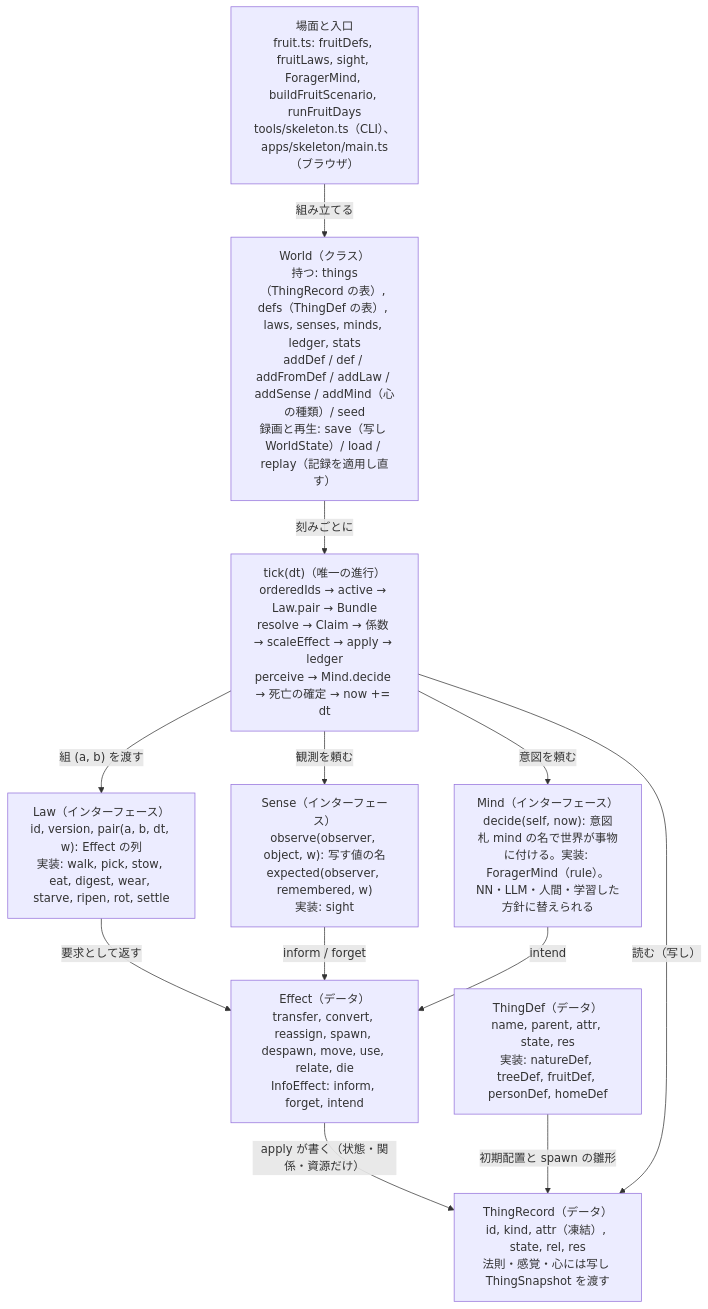
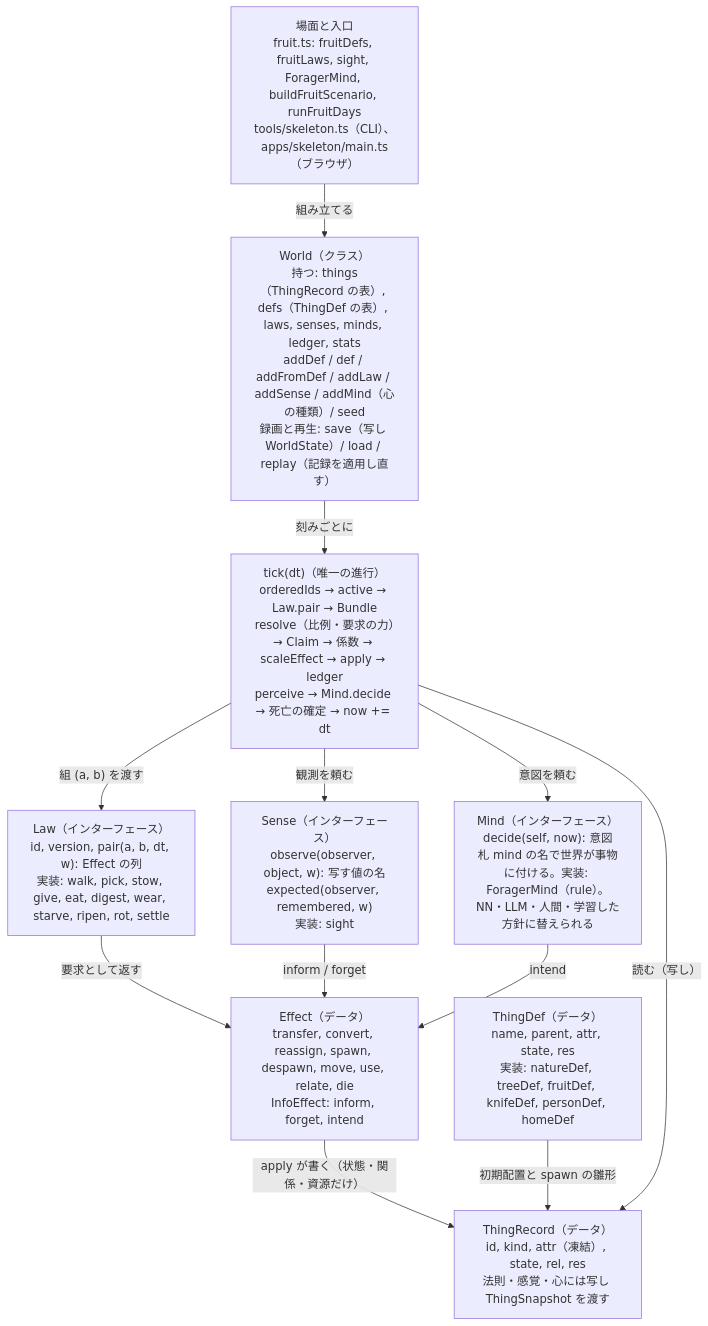
One commit to demerzel09/Medieval-Simulator changed the diagram in docs/figures/src/design-fig4-impl.mmd. Above: the diagram before and after it, drawn with Mermaid. The commit also changed 16 other files, not shown here.

```diff
--- a/docs/figures/src/design-fig4-impl.mmd
+++ b/docs/figures/src/design-fig4-impl.mmd
@@ -1,21 +1,21 @@
 flowchart TD
   SC["場面と入口<br/>fruit.ts: fruitDefs, fruitLaws, sight, ForagerMind, buildFruitScenario, runFruitDays<br/>tools/skeleton.ts（CLI）、apps/skeleton/main.ts（ブラウザ）"]
   WD["World（クラス）<br/>持つ: things（ThingRecord の表）, defs（ThingDef の表）, laws, senses, minds, ledger, stats<br/>addDef / def / addFromDef / addLaw / addSense / addMind（心の種類）/ seed<br/>録画と再生: save（写し WorldState）/ load / replay（記録を適用し直す）"]
-  TK["tick(dt)（唯一の進行）<br/>orderedIds → active → Law.pair → Bundle<br/>resolve → Claim → 係数 → scaleEffect → apply → ledger<br/>perceive → Mind.decide → 死亡の確定 → now += dt"]
-  LW["Law（インターフェース）<br/>id, version, pair(a, b, dt, w): Effect の列<br/>実装: walk, pick, stow, eat, digest, wear, starve, ripen, rot, settle"]
+  TK["tick(dt)（唯一の進行）<br/>orderedIds → active → Law.pair → Bundle<br/>resolve（比例・要求の力）→ Claim → 係数 → scaleEffect → apply → ledger<br/>perceive → Mind.decide → 死亡の確定 → now += dt"]
+  LW["Law（インターフェース）<br/>id, version, pair(a, b, dt, w): Effect の列<br/>実装: walk, pick, stow, give, eat, digest, wear, starve, ripen, rot, settle"]
   SN["Sense（インターフェース）<br/>observe(observer, object, w): 写す値の名<br/>expected(observer, remembered, w)<br/>実装: sight"]
   MD["Mind（インターフェース）<br/>decide(self, now): 意図<br/>札 mind の名で世界が事物に付ける。実装: ForagerMind（rule）。NN・LLM・人間・学習した方針に替えられる"]
   EF["Effect（データ）<br/>transfer, convert, reassign, spawn, despawn, move, use, relate, die<br/>InfoEffect: inform, forget, intend"]
-  DF["ThingDef（データ）<br/>name, parent, attr, state, res<br/>実装: natureDef, treeDef, fruitDef, personDef, homeDef"]
+  DF["ThingDef（データ）<br/>name, parent, attr, state, res<br/>実装: natureDef, treeDef, fruitDef, knifeDef, personDef, homeDef"]
   TR["ThingRecord（データ）<br/>id, kind, attr（凍結）, state, rel, res<br/>法則・感覚・心には写し ThingSnapshot を渡す"]
   SC -->|"組み立てる"| WD
   WD -->|"刻みごとに"| TK
   TK -->|"組 (a, b) を渡す"| LW
   TK -->|"観測を頼む"| SN
   TK -->|"意図を頼む"| MD
   LW -->|"要求として返す"| EF
   SN -->|"inform / forget"| EF
   MD -->|"intend"| EF
   EF -->|"apply が書く（状態・関係・資源だけ）"| TR
   DF -->|"初期配置と spawn の雛形"| TR
   TK -->|"読む（写し）"| TR
```
